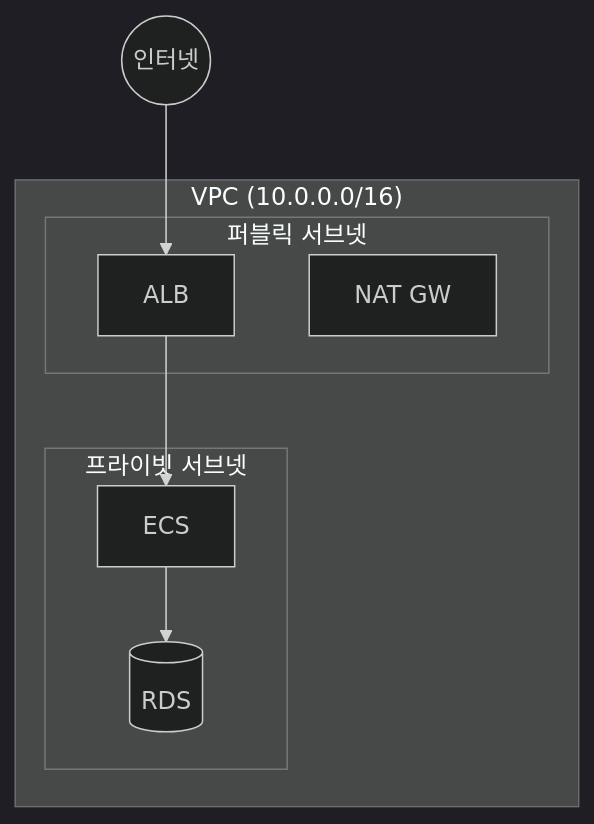
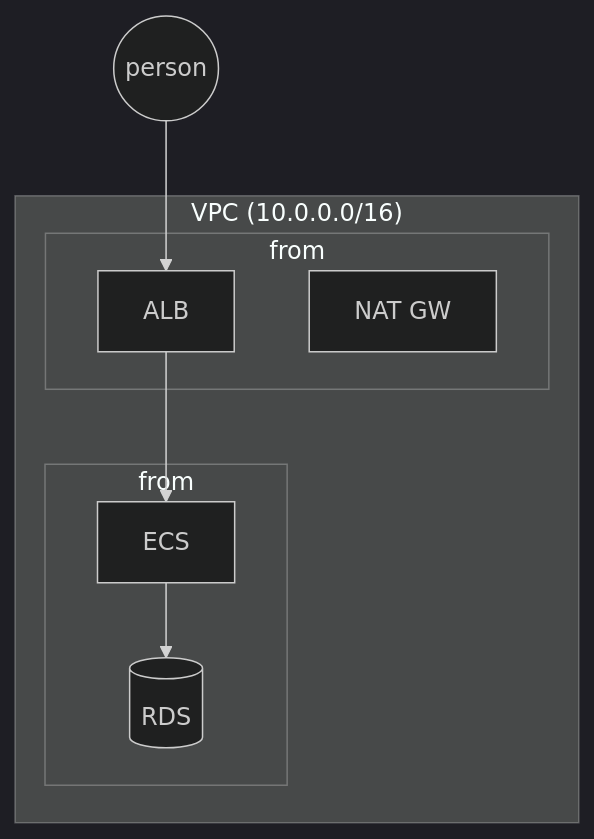
Before and after one commit to chodolmu/taskforge-pro: the third of 9 diagrams in harnesses/communication/technical-writer/skills/diagram-patterns/skill.md, drawn with Mermaid (dark theme). The commit also changed other lines of this file and 952 other files, not shown here.

````diff
--- a/harnesses/communication/technical-writer/skills/diagram-patterns/skill.md
+++ b/harnesses/communication/technical-writer/skills/diagram-patterns/skill.md
@@ -55,14 +55,14 @@
 ```mermaid
 graph TD
-    subgraph VPC["VPC (10.0.0.0/16)"]
-        subgraph Public["퍼블릭 서브넷"]
-            ALB[ALB]
-            NAT[NAT GW]
-        end
-        subgraph Private["프라이빗 서브넷"]
-            ECS[ECS]
-            RDS[(RDS)]
-        end
-    end
-    INTERNET((인터넷)) --> ALB --> ECS --> RDS
+ subgraph VPC["VPC (10.0.0.0/16)"]
+ subgraph Public[" from"]
+ ALB[ALB]
+ NAT[NAT GW]
+ end
+ subgraph Private[" from"]
+ ECS[ECS]
+ RDS[(RDS)]
+ end
+ end
+ INTERNET((person)) --> ALB --> ECS --> RDS
 ```
````
